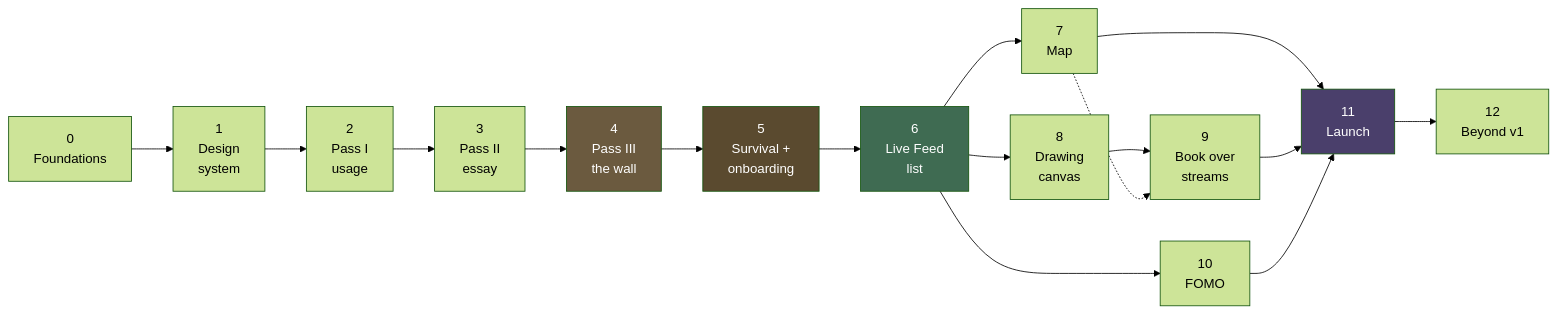
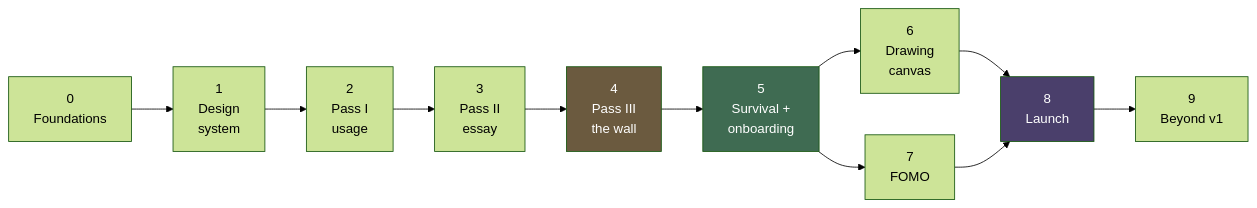
The diagram in context/roadmap_plan.md (Kavana917/TouchGrass), drawn with Mermaid (forest theme) before and after one commit. The commit also changed other lines of this file and 33 other files, not shown here.

````diff
--- a/context/roadmap_plan.md
+++ b/context/roadmap_plan.md
@@ -37,23 +36,17 @@
 ```mermaid
 flowchart LR
     P0["0<br/>Foundations"] --> P1["1<br/>Design<br/>system"]
     P1 --> P2["2<br/>Pass I<br/>usage"]
     P2 --> P3["3<br/>Pass II<br/>essay"]
     P3 --> P4["4<br/>Pass III<br/>the wall"]
     P4 --> P5["5<br/>Survival +<br/>onboarding"]
-    P5 --> P6["6<br/>Live Feed<br/>list"]
-    P6 --> P7["7<br/>Map"]
-    P6 --> P8["8<br/>Drawing<br/>canvas"]
-    P8 --> P9["9<br/>Book over<br/>streams"]
-    P7 -.-> P9
-    P6 --> P10["10<br/>FOMO"]
-    P7 --> P11["11<br/>Launch"]
-    P9 --> P11
-    P10 --> P11
-    P11 --> P12["12<br/>Beyond v1"]
+    P5 --> P6["6<br/>Drawing<br/>canvas"]
+    P5 --> P7["7<br/>FOMO"]
+    P6 --> P8["8<br/>Launch"]
+    P7 --> P8
+    P8 --> P9["9<br/>Beyond v1"]
 
     style P4 fill:#6b5a3f,color:#fff
-    style P5 fill:#5a4a2f,color:#fff
-    style P6 fill:#3f6b52,color:#fff
-    style P11 fill:#4a3f6b,color:#fff
+    style P5 fill:#3f6b52,color:#fff
+    style P8 fill:#4a3f6b,color:#fff
 ```
````
